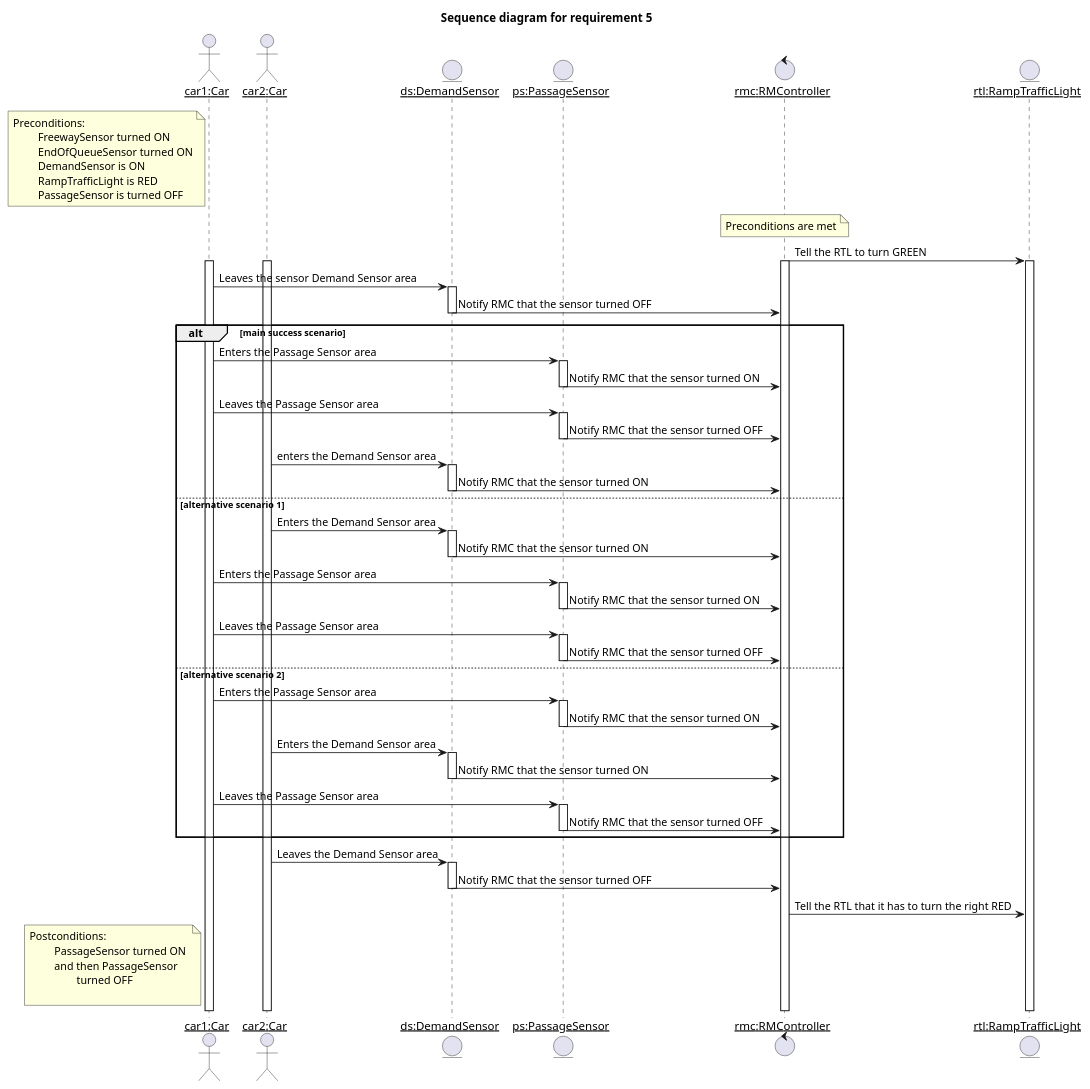
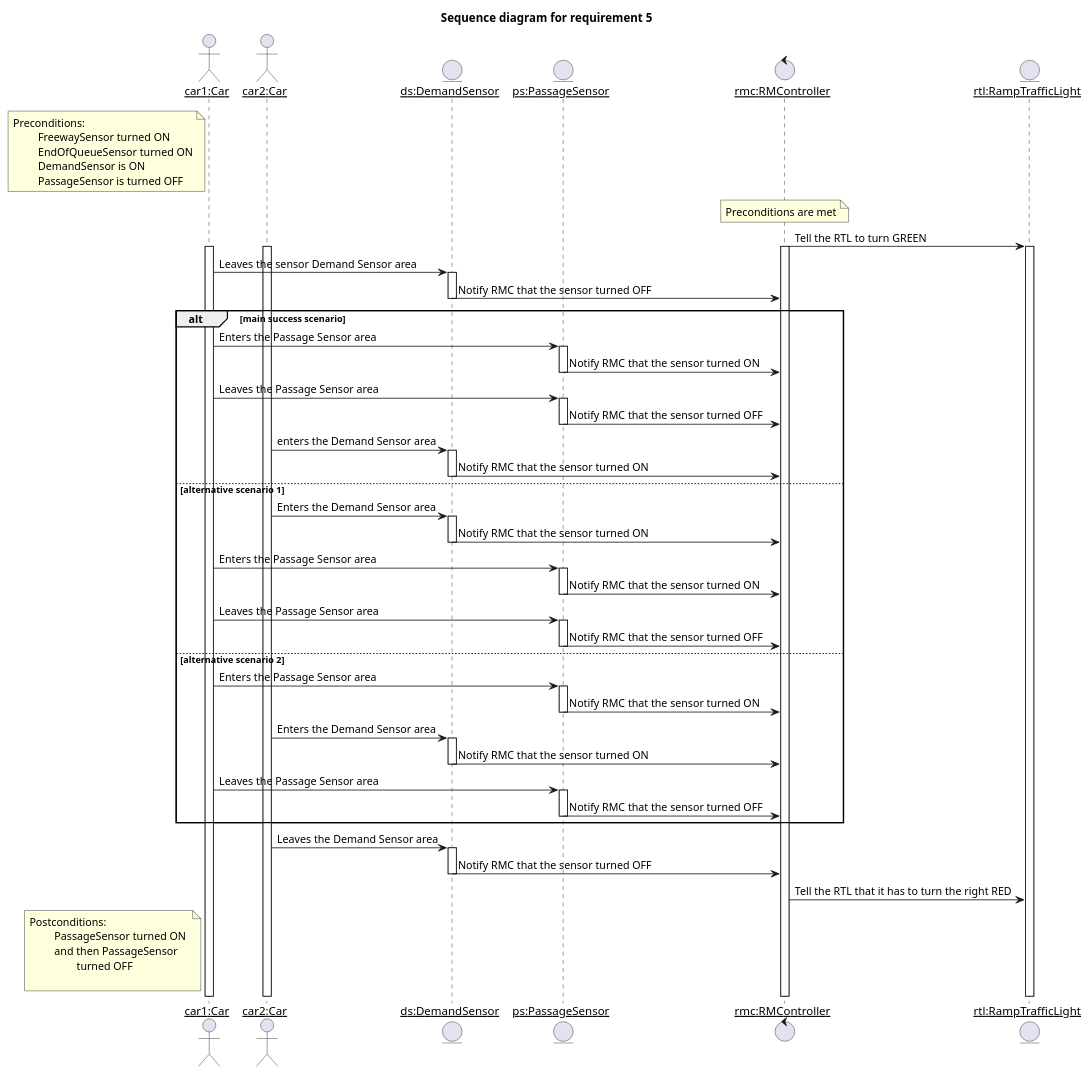
The diagram in 01_RequirementsChecking/diagrams/sequence_diagram_req5.puml (MaksimKarnaukh/MoSIS), drawn with PlantUML before and after one commit. The commit also changed 2 other files, not shown here.

```diff
--- a/01_RequirementsChecking/diagrams/sequence_diagram_req5.puml
+++ b/01_RequirementsChecking/diagrams/sequence_diagram_req5.puml
@@ -1,92 +1,92 @@
 @startuml
 skinparam sequenceParticipant underline
 
 '5) When the FS is ON and the QS is ON,
 'if DS is turned ON, it indicates intense traffic over the ramp.
 'In this scenario, two cars must cross the TL before it turns RED.
 'Then, set TL to GREEN. After DS is OFF, ON and OFF (two cars),
 'turn TL to RED.
 
 title "Sequence diagram for requirement 5"
 
 actor "car1:Car" as Car1
 actor "car2:Car" as Car2
 
 entity "ds:DemandSensor" as DS
 entity "ps:PassageSensor" as PS
 control "rmc:RMController" as RMC
 entity "rtl:RampTrafficLight" as RTL
 
-note left of Car1: Preconditions:\n\t FreewaySensor turned ON\n\t EndOfQueueSensor turned ON\n\t DemandSensor is ON\n\t RampTrafficLight is RED\n\t PassageSensor is turned OFF
+note left of Car1: Preconditions:\n\t FreewaySensor turned ON\n\t EndOfQueueSensor turned ON\n\t DemandSensor is ON\n\t PassageSensor is turned OFF
 
 'below commented lines not explicitly needed because they are part of the preconditions
 'FS -> RMC: on
 'QS -> RMC: on
 'DS -> RMC: on
 
 note over RMC: Preconditions are met
 RMC -> RTL: Tell the RTL to turn GREEN
 Activate RTL
 Activate Car1
 Activate Car2
 Activate RMC
 
 Car1 -> DS: Leaves the sensor Demand Sensor area
 Activate DS
 DS -> RMC: Notify RMC that the sensor turned OFF
 Deactivate DS
 
 alt main success scenario
     Car1 -> PS: Enters the Passage Sensor area
     Activate PS
     PS -> RMC: Notify RMC that the sensor turned ON
     Deactivate PS
     Car1 -> PS: Leaves the Passage Sensor area
     Activate PS
     PS -> RMC: Notify RMC that the sensor turned OFF
     Deactivate PS
     Car2 -> DS: enters the Demand Sensor area
     Activate DS
     DS -> RMC: Notify RMC that the sensor turned ON
     Deactivate DS
 else alternative scenario 1
     Car2 -> DS: Enters the Demand Sensor area
     Activate DS
     DS -> RMC: Notify RMC that the sensor turned ON
     Deactivate DS
     Car1 -> PS: Enters the Passage Sensor area
     Activate PS
     PS -> RMC: Notify RMC that the sensor turned ON
     Deactivate PS
     Car1 -> PS: Leaves the Passage Sensor area
     Activate PS
     PS -> RMC: Notify RMC that the sensor turned OFF
     Deactivate PS
 else alternative scenario 2
     Car1 -> PS: Enters the Passage Sensor area
     Activate PS
     PS -> RMC: Notify RMC that the sensor turned ON
     Deactivate PS
     Car2 -> DS: Enters the Demand Sensor area
     Activate DS
     DS -> RMC: Notify RMC that the sensor turned ON
     Deactivate DS
     Car1 -> PS: Leaves the Passage Sensor area
     Activate PS
     PS -> RMC: Notify RMC that the sensor turned OFF
     Deactivate PS
 end
 
 
 Car2 -> DS: Leaves the Demand Sensor area
 Activate DS
 DS -> RMC: Notify RMC that the sensor turned OFF
 Deactivate DS
 
 RMC -> RTL: Tell the RTL that it has to turn the right RED
 'Deactivate RMC
 'Deactivate RTL
 
 note left of Car1: Postconditions:\n\t PassageSensor turned ON \n\t and then PassageSensor \n\t\t turned OFF\n\t
 
 @enduml
```
